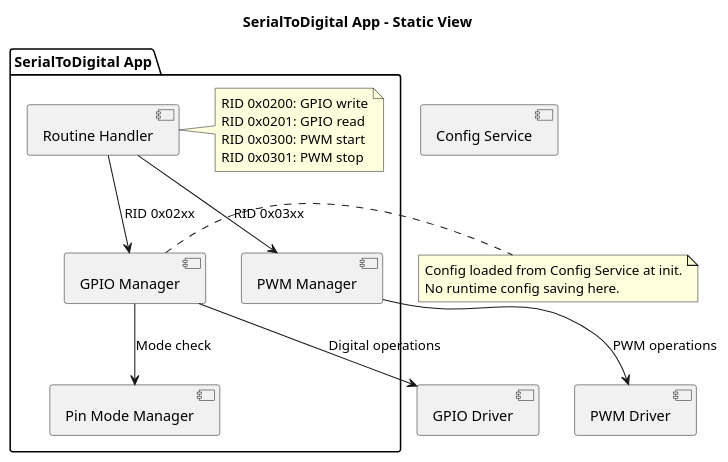
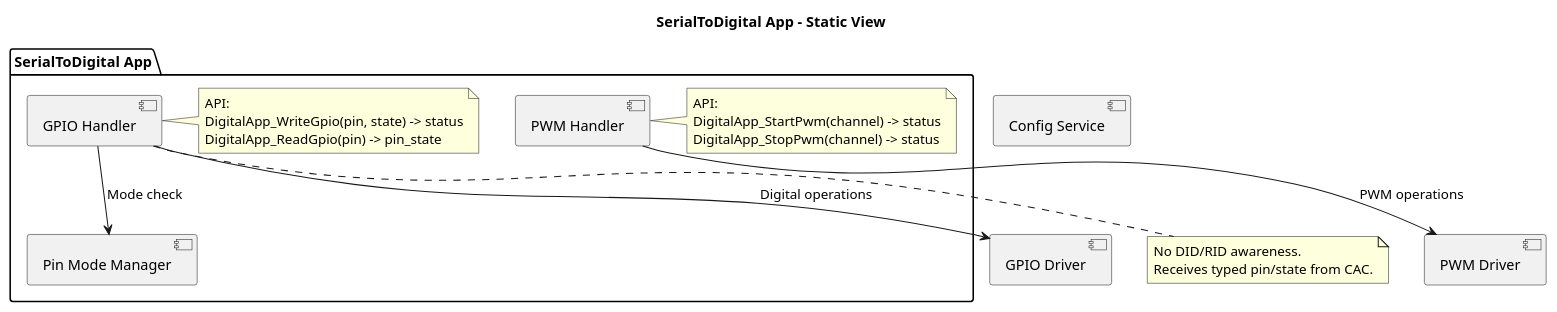
Before and after one commit to LinhTrucVo/Bico_Protocol_Bridge: the diagram in 2_architecture/fucntionView/layer3Application/serialToDigitalApp/staticView.puml, drawn with PlantUML. The commit also changed 19 other files, not shown here.

First line of the commit message:
Central App Controller now owns all DID/RID mapping and converts UDS requests into typed API calls for downstream modules. ConfigService, SerialToXxxApp modules no longer have any UDS/DID/RID awareness — they expose plain typed APIs (e.g. ReadAdc(ch), WriteGpio(pin, state), SetAdcSampleRate(rate)).

```diff
--- a/2_architecture/fucntionView/layer3Application/serialToDigitalApp/staticView.puml
+++ b/2_architecture/fucntionView/layer3Application/serialToDigitalApp/staticView.puml
@@ -1,33 +1,34 @@
 @startuml
 
 title SerialToDigital App - Static View
 
 package "SerialToDigital App" {
-    [Routine Handler] as routineHandler
-    note right of routineHandler
-        RID 0x0200: GPIO write
-        RID 0x0201: GPIO read
-        RID 0x0300: PWM start
-        RID 0x0301: PWM stop
+    [GPIO Handler] as gpioHandler
+    note right of gpioHandler
+        API:
+        DigitalApp_WriteGpio(pin, state) -> status
+        DigitalApp_ReadGpio(pin) -> pin_state
     end note
-    [GPIO Manager] as gpioMgr
-    [PWM Manager] as pwmMgr
+    [PWM Handler] as pwmHandler
+    note right of pwmHandler
+        API:
+        DigitalApp_StartPwm(channel) -> status
+        DigitalApp_StopPwm(channel) -> status
+    end note
     [Pin Mode Manager] as pinModeMgr
 }
 
 [GPIO Driver] as gpioDriver
 [PWM Driver] as pwmDriver
 [Config Service] as configService
 
-routineHandler --> gpioMgr : RID 0x02xx
-routineHandler --> pwmMgr : RID 0x03xx
-gpioMgr --> pinModeMgr : Mode check
-gpioMgr --> gpioDriver : Digital operations
-pwmMgr --> pwmDriver : PWM operations
+gpioHandler --> pinModeMgr : Mode check
+gpioHandler --> gpioDriver : Digital operations
+pwmHandler --> pwmDriver : PWM operations
 
-note right of gpioMgr
-    Config loaded from Config Service at init.
-    No runtime config saving here.
+note bottom of gpioHandler
+    No DID/RID awareness.
+    Receives typed pin/state from CAC.
 end note
 
 @enduml
```
